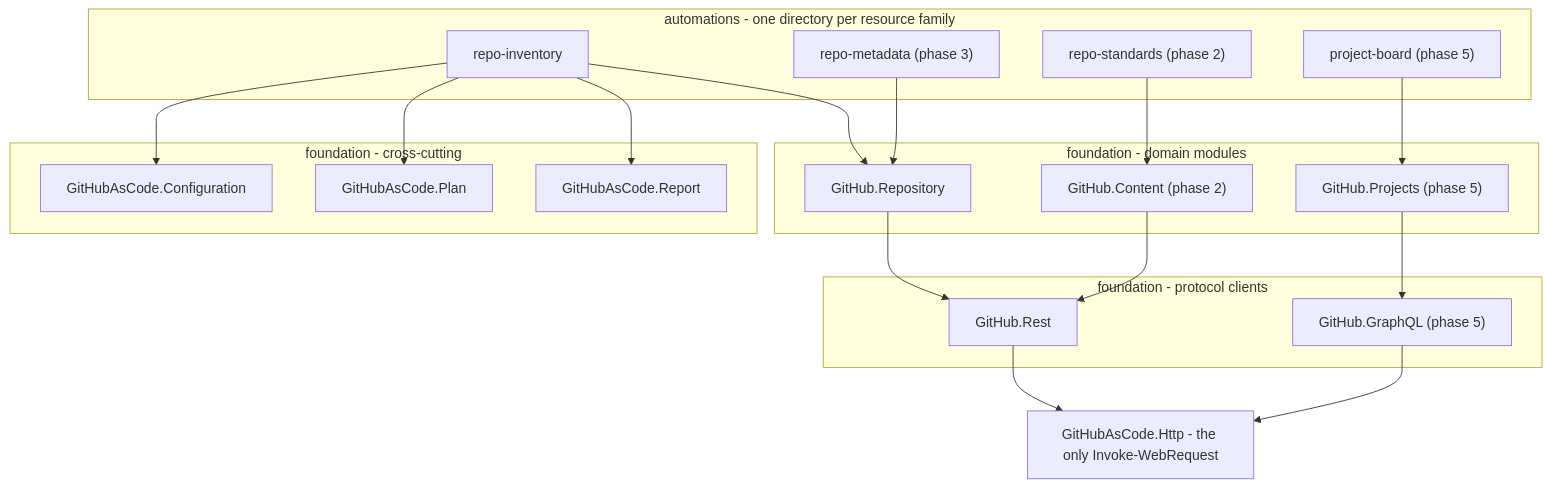
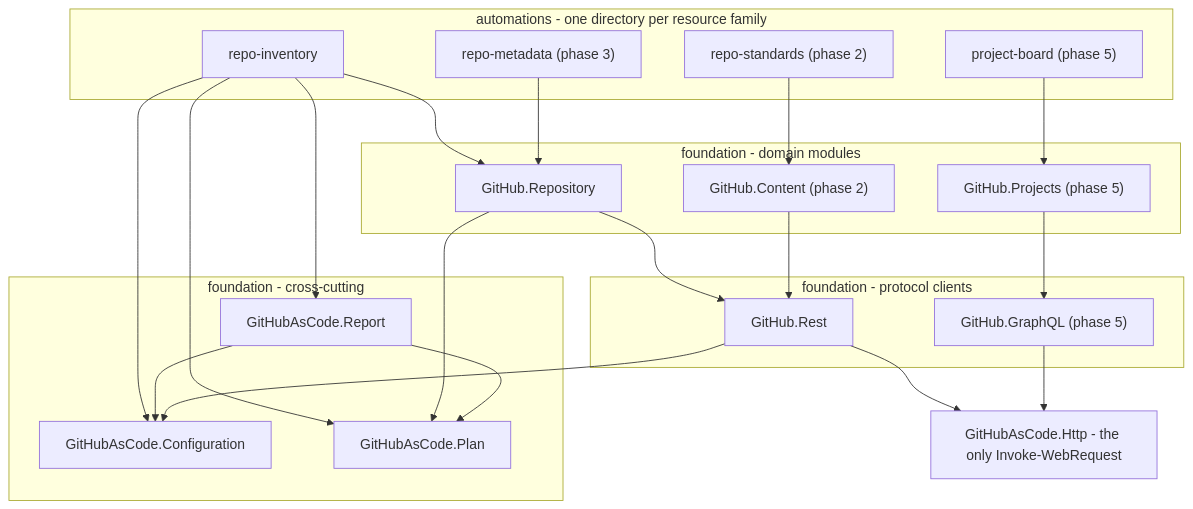
Before and after one commit to nehemias1999/GitHub_AsCode: the diagram in docs/reference/architecture.md, drawn with Mermaid. The commit also changed other lines of this file and 13 other files, not shown here.

````diff
--- a/docs/reference/architecture.md
+++ b/docs/reference/architecture.md
@@ -14,37 +24,41 @@
 ```mermaid
 flowchart TD
     subgraph entry [automations - one directory per resource family]
         RI[repo-inventory]
         RS["repo-standards (phase 2)"]
         RM["repo-metadata (phase 3)"]
         PB["project-board (phase 5)"]
     end
     subgraph domain [foundation - domain modules]
         REPO[GitHub.Repository]
         CONT["GitHub.Content (phase 2)"]
         PROJ["GitHub.Projects (phase 5)"]
     end
     subgraph client [foundation - protocol clients]
         REST[GitHub.Rest]
         GQL["GitHub.GraphQL (phase 5)"]
     end
     subgraph cross [foundation - cross-cutting]
         CF[GitHubAsCode.Configuration]
         PL[GitHubAsCode.Plan]
         RP[GitHubAsCode.Report]
     end
     HTTP["GitHubAsCode.Http - the only Invoke-WebRequest"]
 
     RI --> REPO
     RS --> CONT
     RM --> REPO
     PB --> PROJ
     RI --> PL
     RI --> RP
     RI --> CF
     REPO --> REST
+    REPO --> PL
     CONT --> REST
     PROJ --> GQL
+    RP --> PL
+    RP --> CF
+    REST --> CF
     REST --> HTTP
     GQL --> HTTP
 ```
````
